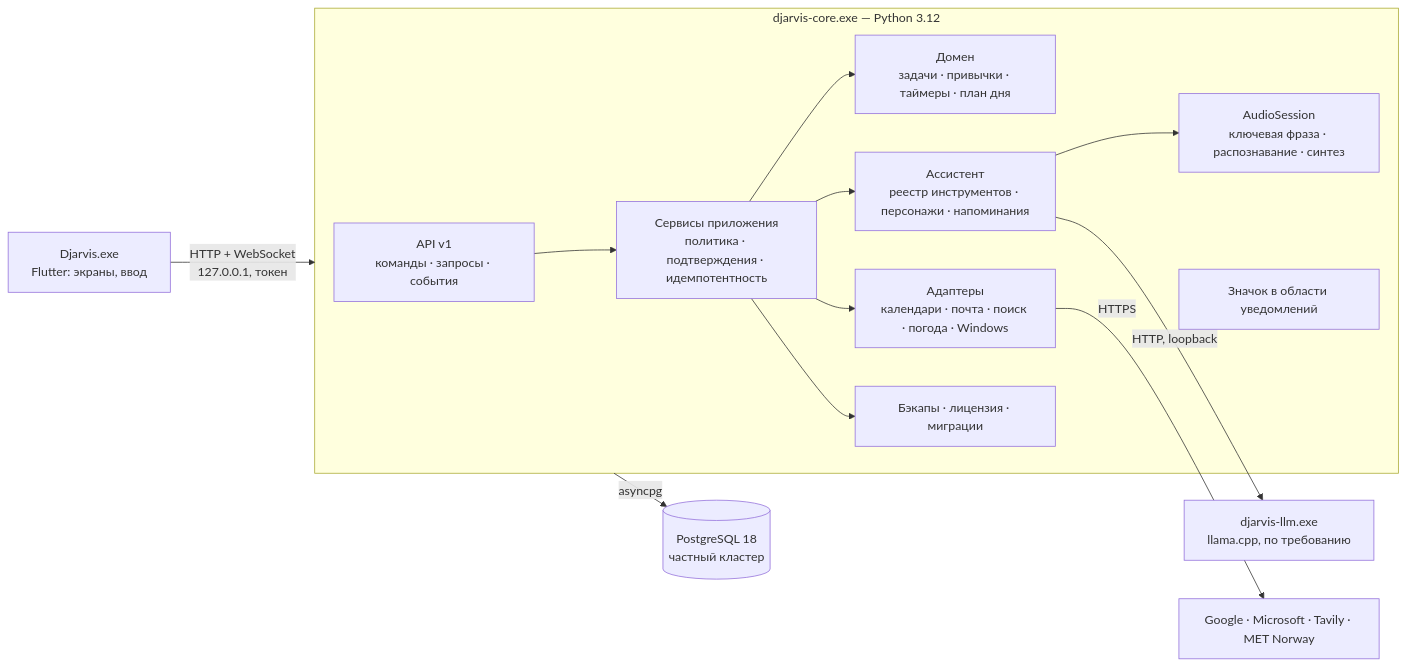
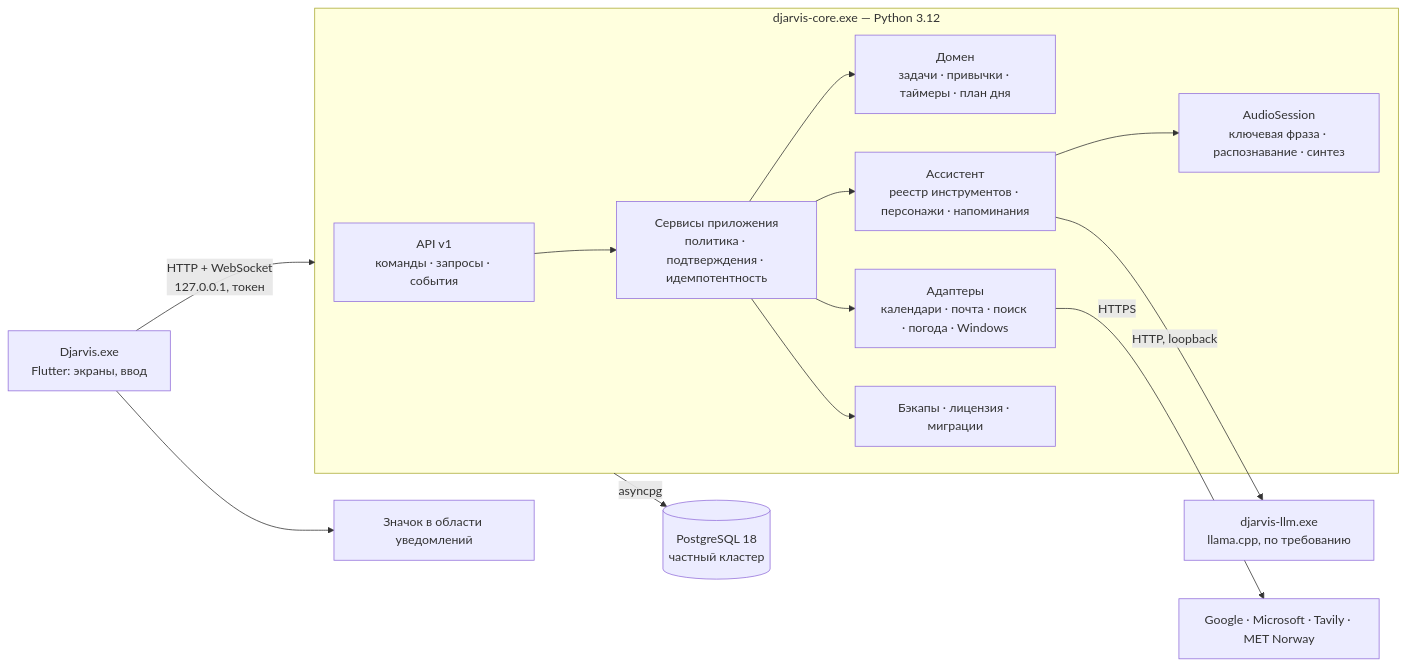
One commit to SwanThunder/Djarvis changed the diagram in docs/architecture/IMPLEMENTATION_PLAN.ru.md. Above: the diagram before and after it, drawn with Mermaid. The commit also changed 19 other files, not shown here.

Commit message:
Align architecture handoff and concurrent timer policy

````diff
--- a/docs/architecture/IMPLEMENTATION_PLAN.ru.md
+++ b/docs/architecture/IMPLEMENTATION_PLAN.ru.md
@@ -9,16 +9,16 @@
 ```mermaid
 flowchart LR
   UI["Djarvis.exe<br/>Flutter: экраны, ввод"] -- "HTTP + WebSocket<br/>127.0.0.1, токен" --> CORE
   subgraph CORE["djarvis-core.exe — Python 3.12"]
     API["API v1<br/>команды · запросы · события"] --> APP["Сервисы приложения<br/>политика · подтверждения · идемпотентность"]
     APP --> DOM["Домен<br/>задачи · привычки · таймеры · план дня"]
     APP --> AST["Ассистент<br/>реестр инструментов · персонажи · напоминания"]
     AST --> AUD["AudioSession<br/>ключевая фраза · распознавание · синтез"]
     APP --> INT["Адаптеры<br/>календари · почта · поиск · погода · Windows"]
     APP --> SAFE["Бэкапы · лицензия · миграции"]
-    TRAY["Значок в области уведомлений"]
   end
+  UI --> TRAY["Значок в области уведомлений"]
   CORE -- asyncpg --> PG[("PostgreSQL 18<br/>частный кластер")]
   AST -- "HTTP, loopback" --> LLM["djarvis-llm.exe<br/>llama.cpp, по требованию"]
   INT -- HTTPS --> EXT["Google · Microsoft · Tavily · MET Norway"]
 ```
````
